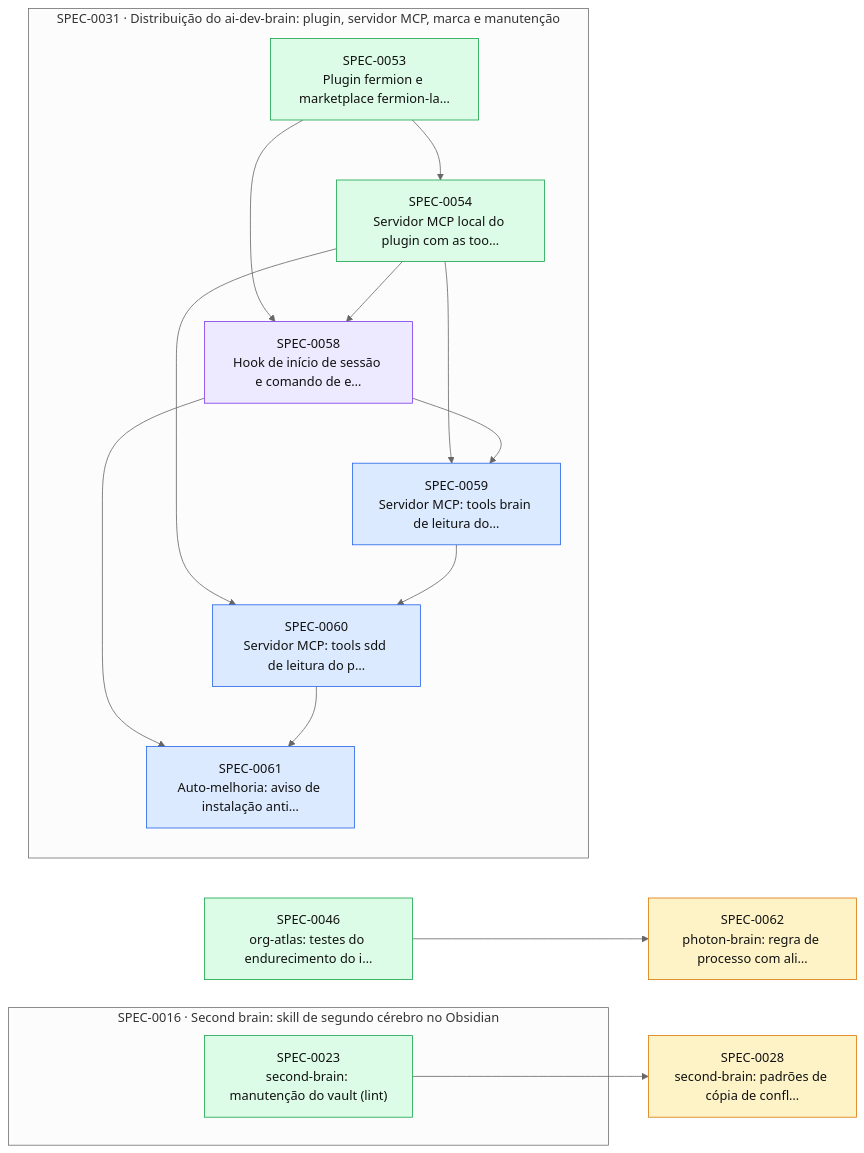
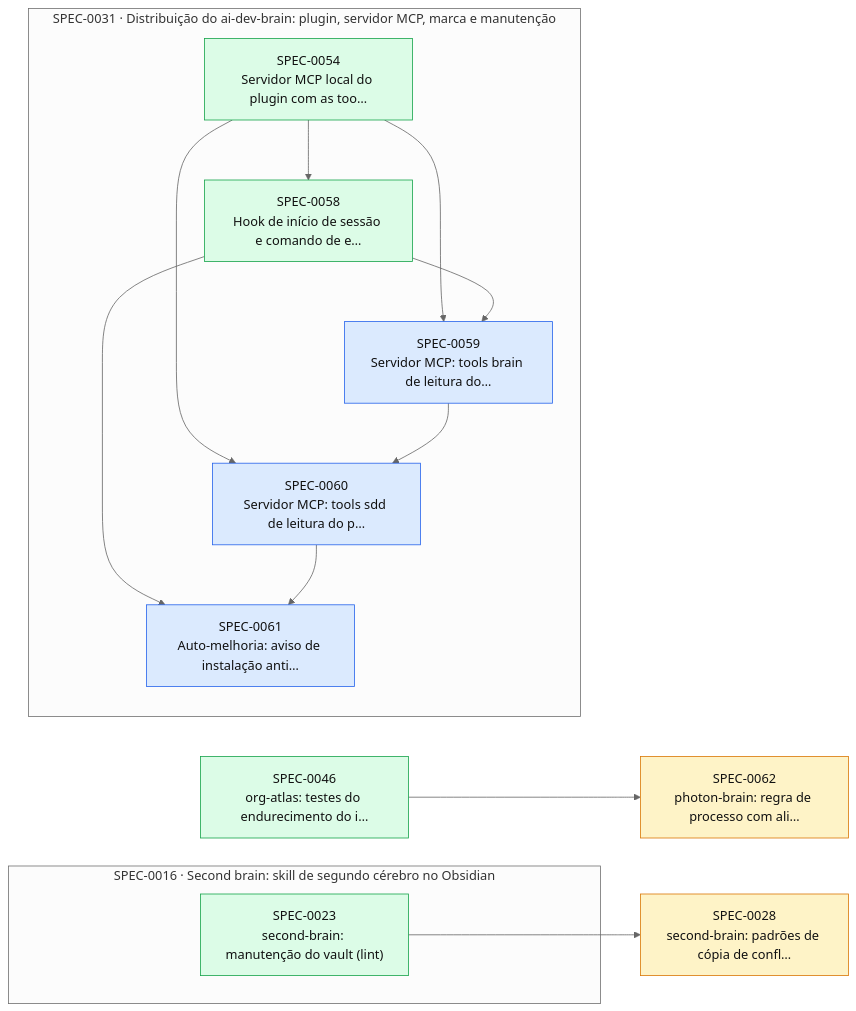
One commit to thomasravache/ai-dev-brain changed the diagram in docs/specs/INDEX.md. Above: the diagram before and after it, drawn with Mermaid (neutral theme). The commit also changed other lines of this file and 1 other file, not shown here.

First line of the commit message:
docs(specs): G7 e fechamento da SPEC-0058

````diff
--- a/docs/specs/INDEX.md
+++ b/docs/specs/INDEX.md
@@ -53,33 +52,30 @@
 ```mermaid
 flowchart LR
   S0028["SPEC-0028<br/>second-brain: padrões de cópia de confl…"]:::proposed
   S0046["SPEC-0046<br/>org-atlas: testes do endurecimento do i…"]:::implemented
   S0062["SPEC-0062<br/>photon-brain: regra de processo com ali…"]:::proposed
   subgraph E0016["SPEC-0016 · Second brain: skill de segundo cérebro no Obsidian"]
     S0023["SPEC-0023<br/>second-brain: manutenção do vault (lint)"]:::implemented
   end
   subgraph E0031["SPEC-0031 · Distribuição do ai-dev-brain: plugin, servidor MCP, marca e manutenção"]
-    S0053["SPEC-0053<br/>Plugin fermion e marketplace fermion-la…"]:::implemented
     S0054["SPEC-0054<br/>Servidor MCP local do plugin com as too…"]:::implemented
-    S0058["SPEC-0058<br/>Hook de início de sessão e comando de e…"]:::inprogress
+    S0058["SPEC-0058<br/>Hook de início de sessão e comando de e…"]:::implemented
     S0059["SPEC-0059<br/>Servidor MCP: tools brain de leitura do…"]:::approved
     S0060["SPEC-0060<br/>Servidor MCP: tools sdd de leitura do p…"]:::approved
     S0061["SPEC-0061<br/>Auto-melhoria: aviso de instalação anti…"]:::approved
   end
   S0023 --> S0028
-  S0053 --> S0054
-  S0053 --> S0058
   S0054 --> S0058
   S0054 --> S0059
   S0058 --> S0059
   S0054 --> S0060
   S0059 --> S0060
   S0058 --> S0061
   S0060 --> S0061
   S0046 --> S0062
   classDef proposed fill:#fef3c7,stroke:#d97706,color:#111
   classDef approved fill:#dbeafe,stroke:#2563eb,color:#111
   classDef inprogress fill:#ede9fe,stroke:#7c3aed,color:#111
   classDef implemented fill:#dcfce7,stroke:#16a34a,color:#111
   classDef deprecated fill:#f3f4f6,stroke:#9ca3af,color:#6b7280
 ```
````
